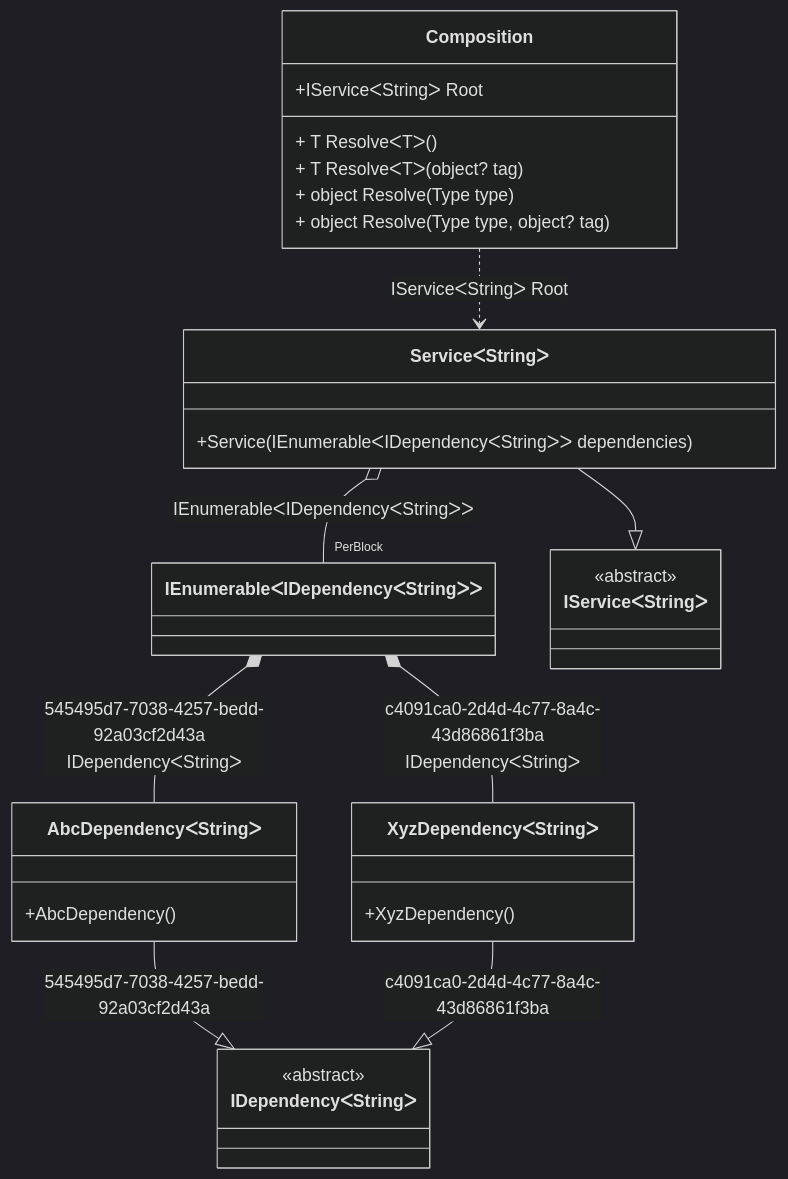
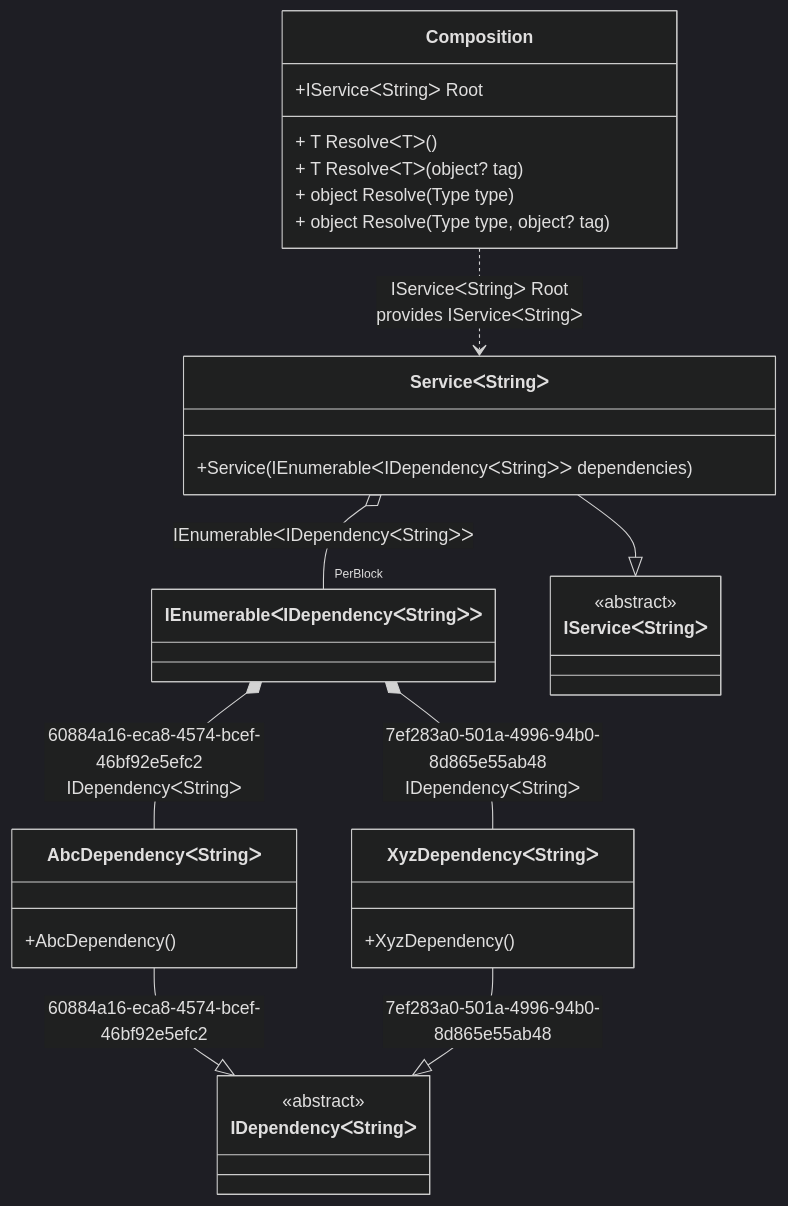
One commit to DevTeam/Pure.DI changed the diagram in readme/tag-unique.md. Above: the diagram before and after it, drawn with Mermaid (dark theme). The commit also changed other lines of this file and 73 other files, not shown here.

````diff
--- a/readme/tag-unique.md
+++ b/readme/tag-unique.md
@@ -39,33 +39,33 @@
 ```mermaid
 classDiagram
   class Composition {
     +IServiceᐸStringᐳ Root
     + T ResolveᐸTᐳ()
     + T ResolveᐸTᐳ(object? tag)
     + object Resolve(Type type)
     + object Resolve(Type type, object? tag)
   }
   class IEnumerableᐸIDependencyᐸStringᐳᐳ
-  AbcDependencyᐸStringᐳ --|> IDependencyᐸStringᐳ : 545495d7-7038-4257-bedd-92a03cf2d43a 
+  AbcDependencyᐸStringᐳ --|> IDependencyᐸStringᐳ : 60884a16-eca8-4574-bcef-46bf92e5efc2 
   class AbcDependencyᐸStringᐳ {
     +AbcDependency()
   }
-  XyzDependencyᐸStringᐳ --|> IDependencyᐸStringᐳ : c4091ca0-2d4d-4c77-8a4c-43d86861f3ba 
+  XyzDependencyᐸStringᐳ --|> IDependencyᐸStringᐳ : 7ef283a0-501a-4996-94b0-8d865e55ab48 
   class XyzDependencyᐸStringᐳ {
     +XyzDependency()
   }
   ServiceᐸStringᐳ --|> IServiceᐸStringᐳ : 
   class ServiceᐸStringᐳ {
     +Service(IEnumerableᐸIDependencyᐸStringᐳᐳ dependencies)
   }
   class IDependencyᐸStringᐳ {
     <<abstract>>
   }
   class IServiceᐸStringᐳ {
     <<abstract>>
   }
-  IEnumerableᐸIDependencyᐸStringᐳᐳ *--  AbcDependencyᐸStringᐳ : 545495d7-7038-4257-bedd-92a03cf2d43a  IDependencyᐸStringᐳ
-  IEnumerableᐸIDependencyᐸStringᐳᐳ *--  XyzDependencyᐸStringᐳ : c4091ca0-2d4d-4c77-8a4c-43d86861f3ba  IDependencyᐸStringᐳ
-  Composition ..> ServiceᐸStringᐳ : IServiceᐸStringᐳ Root
+  IEnumerableᐸIDependencyᐸStringᐳᐳ *--  AbcDependencyᐸStringᐳ : 60884a16-eca8-4574-bcef-46bf92e5efc2  IDependencyᐸStringᐳ
+  IEnumerableᐸIDependencyᐸStringᐳᐳ *--  XyzDependencyᐸStringᐳ : 7ef283a0-501a-4996-94b0-8d865e55ab48  IDependencyᐸStringᐳ
+  Composition ..> ServiceᐸStringᐳ : IServiceᐸStringᐳ Root<br/>provides IServiceᐸStringᐳ
   ServiceᐸStringᐳ o--  "PerBlock" IEnumerableᐸIDependencyᐸStringᐳᐳ : IEnumerableᐸIDependencyᐸStringᐳᐳ
 ```
````
